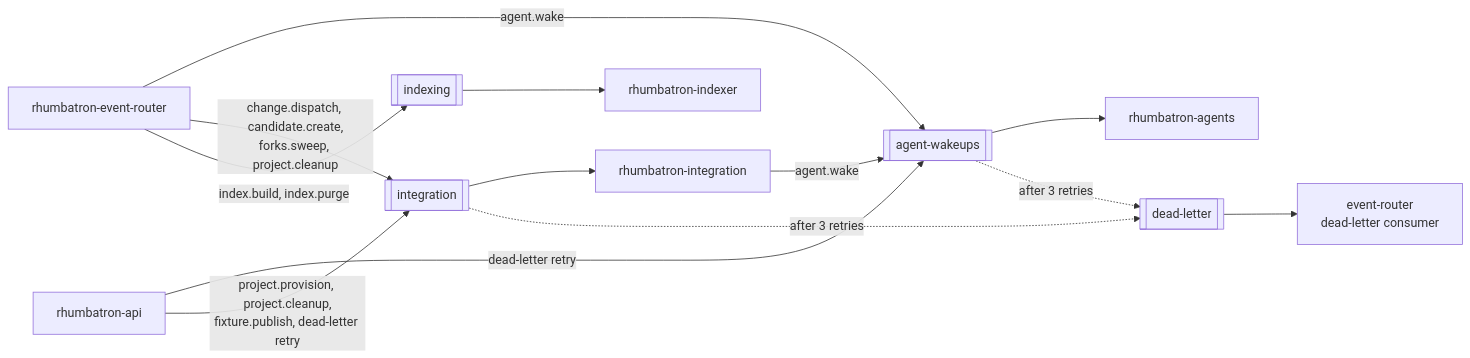
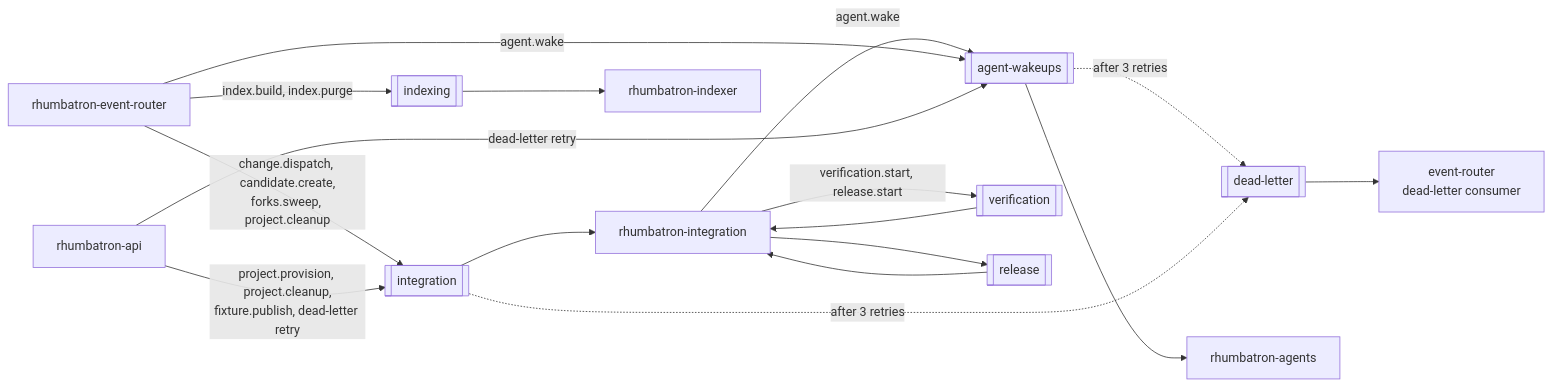
One commit to nsudhanva/rhumbatron changed the fifth of 7 diagrams in docs/architecture/events-and-commands.md. Above: the diagram before and after it, drawn with Mermaid. The commit also changed other lines of this file and 2 other files, not shown here.

Commit message:
docs(docs): document the analytics projector, policy snapshot, and start queues

````diff
--- a/docs/architecture/events-and-commands.md
+++ b/docs/architecture/events-and-commands.md
@@ -142,26 +144,32 @@
 ```mermaid
 flowchart LR
   API["rhumbatron-api"]
   ER["rhumbatron-event-router"]
   INT["rhumbatron-integration"]
   WQ[["agent-wakeups"]]
   IQ[["integration"]]
   XQ[["indexing"]]
+  VQ[["verification"]]
+  RQ[["release"]]
   DLQ[["dead-letter"]]
   AG["rhumbatron-agents"]
   IDX["rhumbatron-indexer"]
   ERC["event-router<br/>dead-letter consumer"]
 
   INT -->|"agent.wake"| WQ
   ER -->|"agent.wake"| WQ
   API -->|"dead-letter retry"| WQ
   ER -->|"change.dispatch, candidate.create,<br/>forks.sweep, project.cleanup"| IQ
   API -->|"project.provision, project.cleanup,<br/>fixture.publish, dead-letter retry"| IQ
   ER -->|"index.build, index.purge"| XQ
+  INT -->|"verification.start, release.start"| VQ
+  INT --> RQ
+  VQ --> INT
+  RQ --> INT
   WQ --> AG
   IQ --> INT
   XQ --> IDX
   WQ -.->|"after 3 retries"| DLQ
   IQ -.->|"after 3 retries"| DLQ
   DLQ --> ERC
 ```
````
